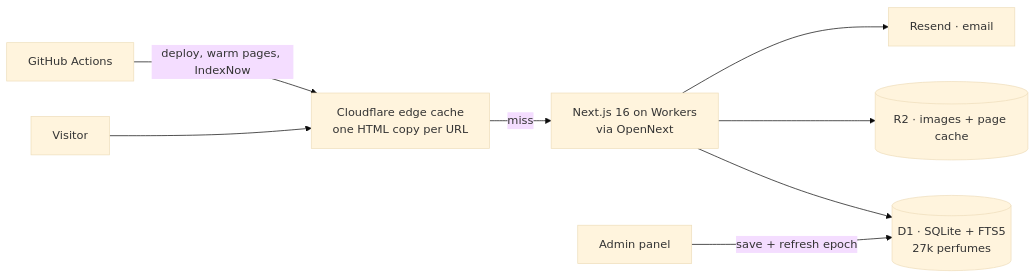
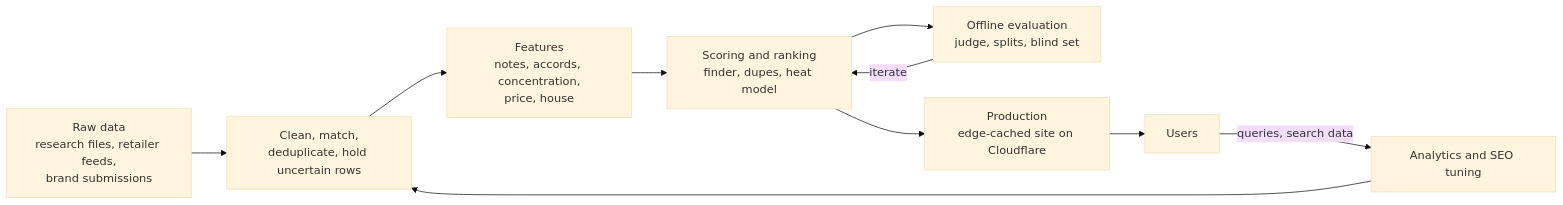
Before and after one commit to vedant-004/vedant-004: the diagram in README.md, drawn with Mermaid (base theme). The commit also changed other lines of this file, not shown here.

````diff
--- a/README.md
+++ b/README.md
@@ -119,10 +125,12 @@
 ```mermaid
 flowchart LR
-  U["Visitor"] --> E["Cloudflare edge cache<br/>one HTML copy per URL"]
-  E -- "miss" --> W["Next.js 16 on Workers<br/>via OpenNext"]
-  W --> D[("D1 · SQLite + FTS5<br/>27k perfumes")]
-  W --> R[("R2 · images + page cache")]
-  W --> M["Resend · email"]
-  A["Admin panel"] -- "save + refresh epoch" --> D
-  G["GitHub Actions"] -- "deploy, warm pages, IndexNow" --> E
+  S["Raw data<br/>research files, retailer feeds,<br/>brand submissions"] --> C["Clean, match,<br/>deduplicate, hold uncertain rows"]
+  C --> F["Features<br/>notes, accords, concentration,<br/>price, house"]
+  F --> M["Scoring and ranking<br/>finder, dupes, heat model"]
+  M --> E["Offline evaluation<br/>judge, splits, blind set"]
+  E -- "iterate" --> M
+  M --> P["Production<br/>edge-cached site on Cloudflare"]
+  P --> U["Users"]
+  U -- "queries, search data" --> A["Analytics and SEO tuning"]
+  A --> C
 ```
````
